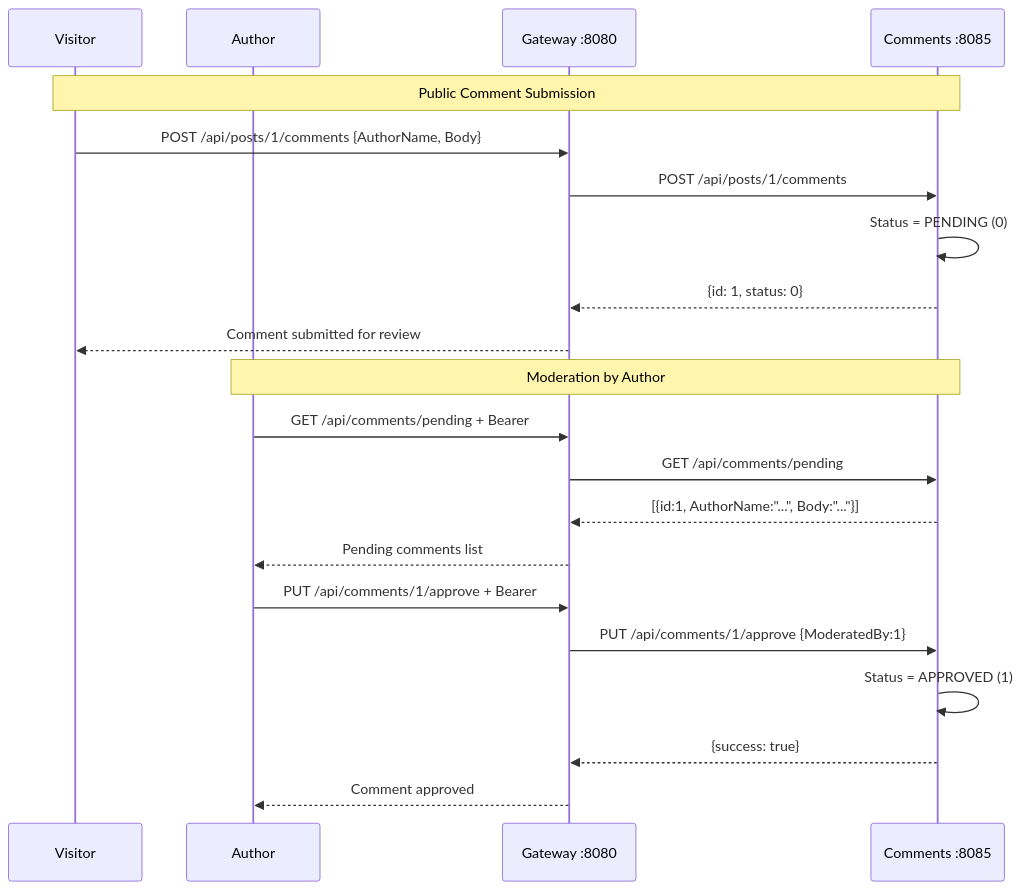
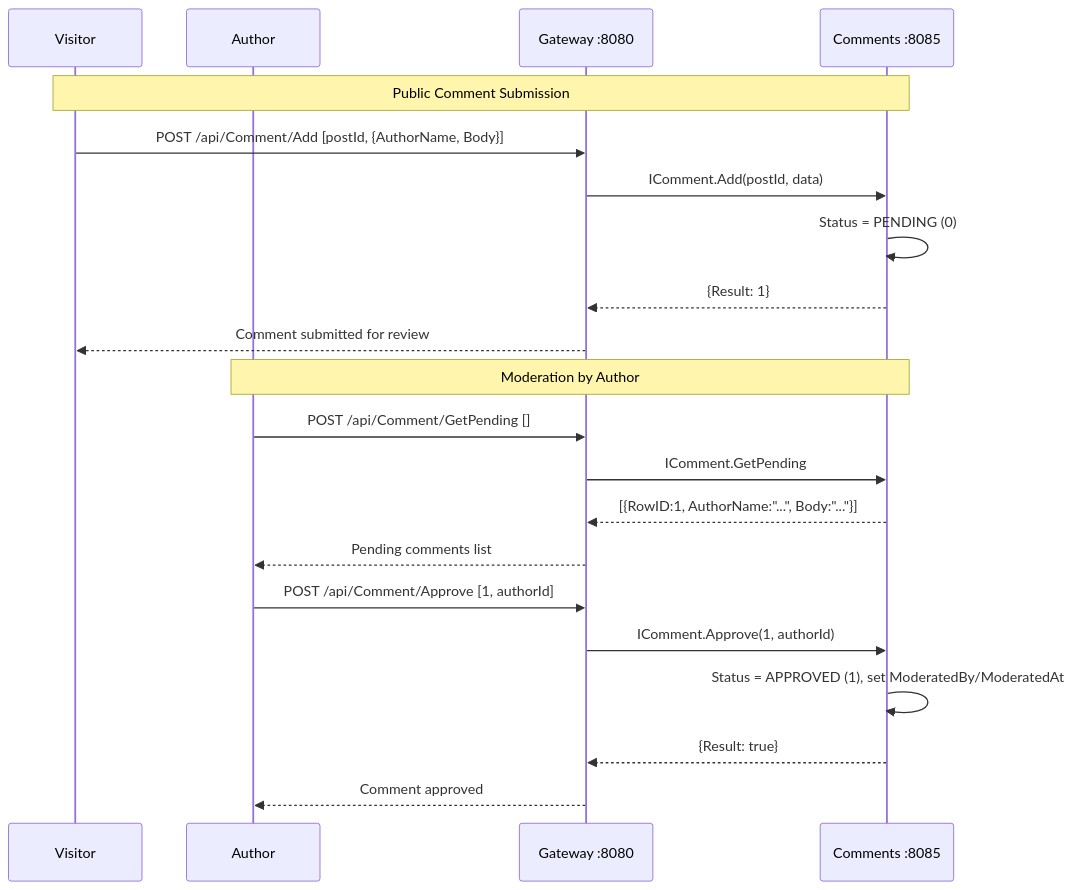
One commit to sakura1977/mormot2-microservices-blog-sample changed the seventh of 9 diagrams in architecture.md. Above: the diagram before and after it, drawn with Mermaid. The commit also changed other lines of this file and 5 other files, not shown here.

````diff
--- a/architecture.md
+++ b/architecture.md
@@ -177,26 +230,26 @@
 ```mermaid
 sequenceDiagram
     participant V as Visitor
     participant A as Author
     participant GW as Gateway :8080
     participant C as Comments :8085
 
     Note over V,C: Public Comment Submission
-    V->>GW: POST /api/posts/1/comments {AuthorName, Body}
-    GW->>C: POST /api/posts/1/comments
+    V->>GW: POST /api/Comment/Add [postId, {AuthorName, Body}]
+    GW->>C: IComment.Add(postId, data)
     C->>C: Status = PENDING (0)
-    C-->>GW: {id: 1, status: 0}
+    C-->>GW: {Result: 1}
     GW-->>V: Comment submitted for review
 
     Note over A,C: Moderation by Author
-    A->>GW: GET /api/comments/pending + Bearer
-    GW->>C: GET /api/comments/pending
-    C-->>GW: [{id:1, AuthorName:"...", Body:"..."}]
+    A->>GW: POST /api/Comment/GetPending []
+    GW->>C: IComment.GetPending
+    C-->>GW: [{RowID:1, AuthorName:"...", Body:"..."}]
     GW-->>A: Pending comments list
 
-    A->>GW: PUT /api/comments/1/approve + Bearer
-    GW->>C: PUT /api/comments/1/approve {ModeratedBy:1}
-    C->>C: Status = APPROVED (1)
-    C-->>GW: {success: true}
+    A->>GW: POST /api/Comment/Approve [1, authorId]
+    GW->>C: IComment.Approve(1, authorId)
+    C->>C: Status = APPROVED (1), set ModeratedBy/ModeratedAt
+    C-->>GW: {Result: true}
     GW-->>A: Comment approved
 ```
````
